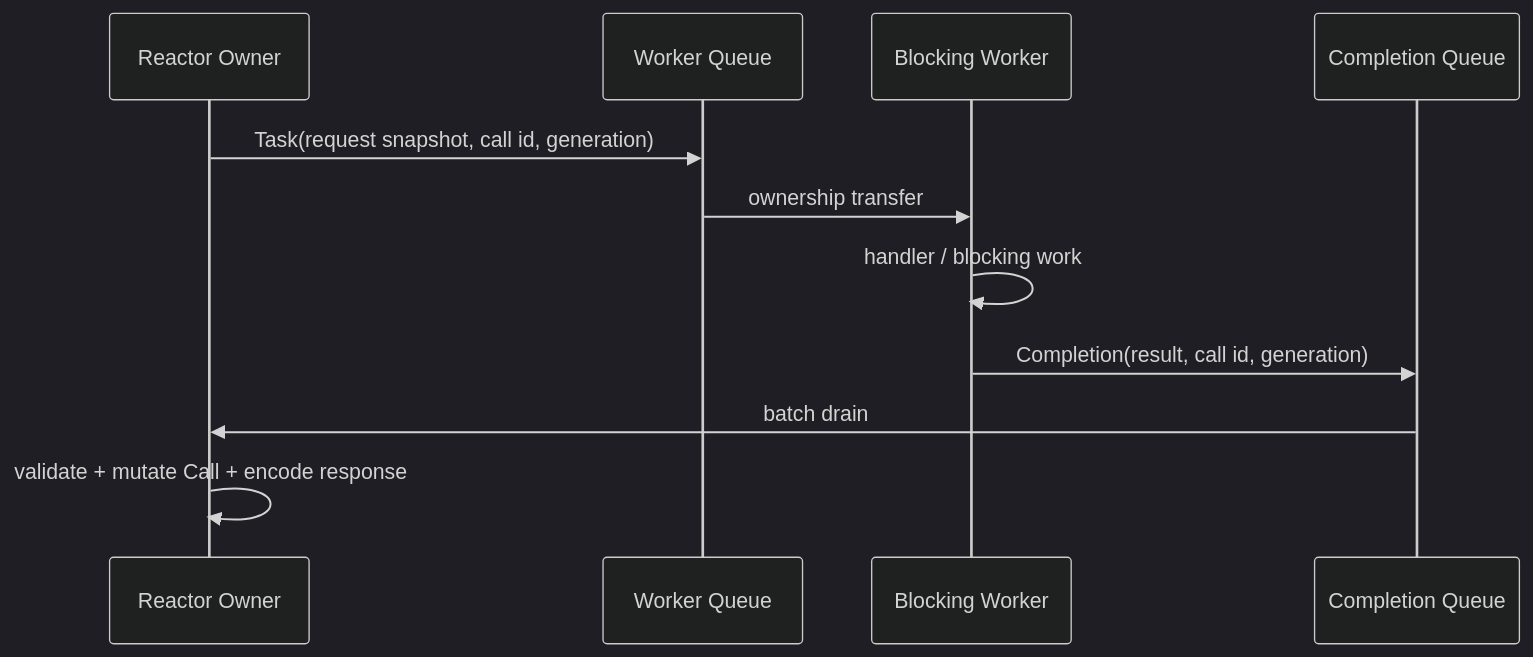
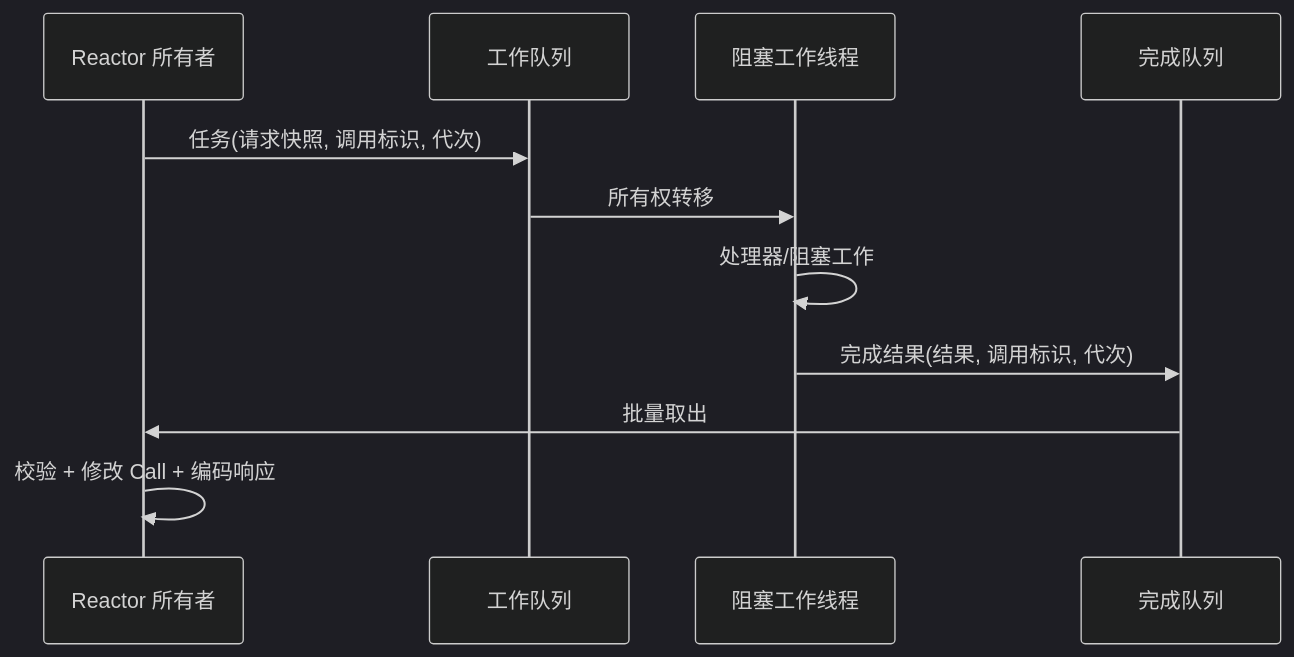
One commit to MyBlackHole/c-trpc changed the diagram in docs/architecture/03-rpc-execution.md. Above: the diagram before and after it, drawn with Mermaid (dark theme). The commit also changed other lines of this file, not shown here.

````diff
--- a/docs/architecture/03-rpc-execution.md
+++ b/docs/architecture/03-rpc-execution.md
@@ -9,14 +9,14 @@
 ```mermaid
 sequenceDiagram
-    participant R as Reactor Owner
-    participant Q as Worker Queue
-    participant W as Blocking Worker
-    participant C as Completion Queue
+    participant R as Reactor 所有者
+    participant Q as 工作队列
+    participant W as 阻塞工作线程
+    participant C as 完成队列
 
-    R->>Q: Task(request snapshot, call id, generation)
-    Q->>W: ownership transfer
-    W->>W: handler / blocking work
-    W->>C: Completion(result, call id, generation)
-    C->>R: batch drain
-    R->>R: validate + mutate Call + encode response
+    R->>Q: 任务(请求快照, 调用标识, 代次)
+    Q->>W: 所有权转移
+    W->>W: 处理器/阻塞工作
+    W->>C: 完成结果(结果, 调用标识, 代次)
+    C->>R: 批量取出
+    R->>R: 校验 + 修改 Call + 编码响应
 ```
````
